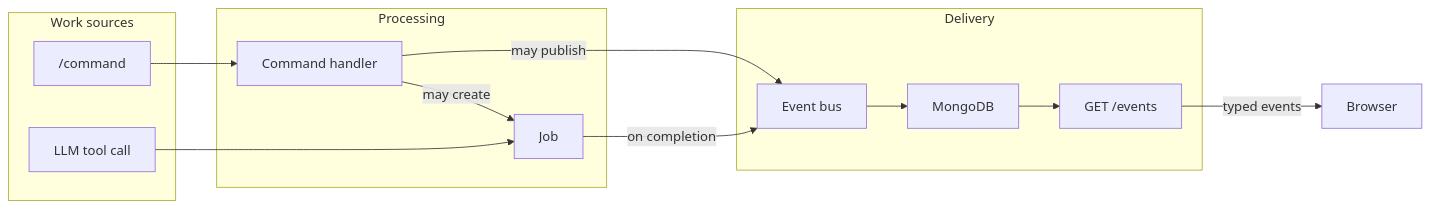
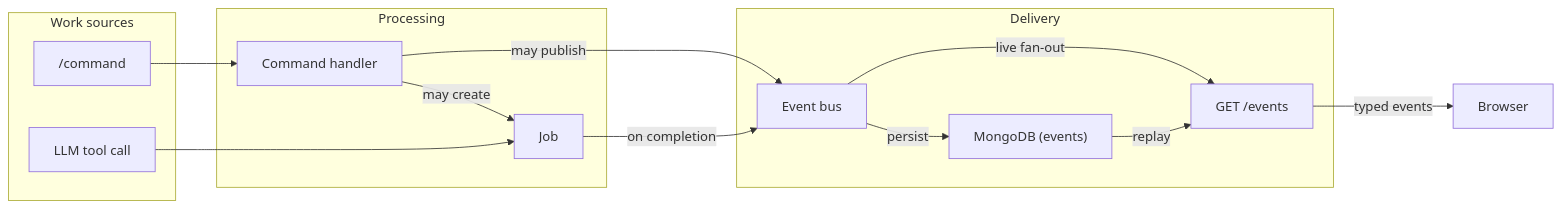
Before and after one commit to trq/flowly: the first of 4 diagrams in docs/commands-jobs-events.md, drawn with Mermaid. The commit also changed other lines of this file and 4 other files, not shown here.

````diff
--- a/docs/commands-jobs-events.md
+++ b/docs/commands-jobs-events.md
@@ -25,27 +25,28 @@
 ```mermaid
 flowchart LR
   subgraph Sources["Work sources"]
     Slash["/command"]
     Tool["LLM tool call"]
   end
 
   subgraph Processing
     Cmd["Command handler"]
     Job["Job"]
   end
 
   subgraph Delivery
     Bus["Event bus"]
-    DB["MongoDB"]
+    DB["MongoDB (events)"]
     SSE["GET /events"]
   end
 
   Slash --> Cmd
   Tool --> Job
   Cmd -->|may create| Job
   Cmd -->|may publish| Bus
   Job -->|on completion| Bus
-  Bus --> DB
-  DB --> SSE
+  Bus -->|persist| DB
+  Bus -->|live fan-out| SSE
+  DB -->|replay| SSE
   SSE -->|typed events| Browser
 ```
````
